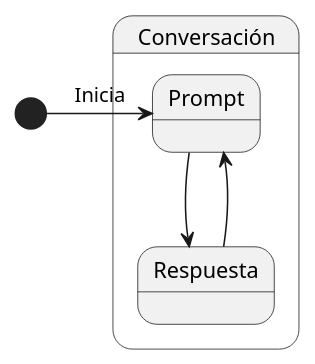
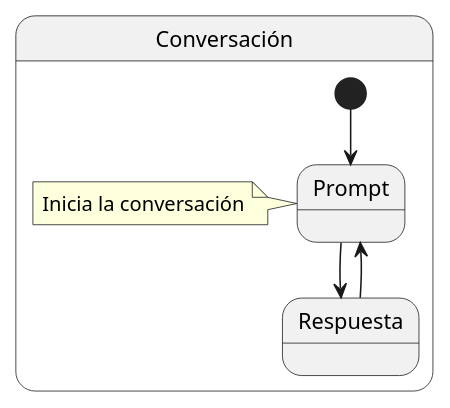
One commit to mmasias/ai-prompts changed the diagram in modelosUML/sesion.puml. Above: the diagram before and after it, drawn with PlantUML. The commit also changed 1 other file, not shown here.

```diff
--- a/modelosUML/sesion.puml
+++ b/modelosUML/sesion.puml
@@ -1,11 +1,12 @@
 @startuml
 
 state "Conversación" as Conversacion {
+    [*] --> Prompt
+Note left: Inicia la conversación
     Prompt --> Respuesta 
-    Respuesta --> Prompt 
+
+    Respuesta --> Prompt
 }
-
-[*] -r-> Prompt : Inicia
 
 
 @enduml
```
